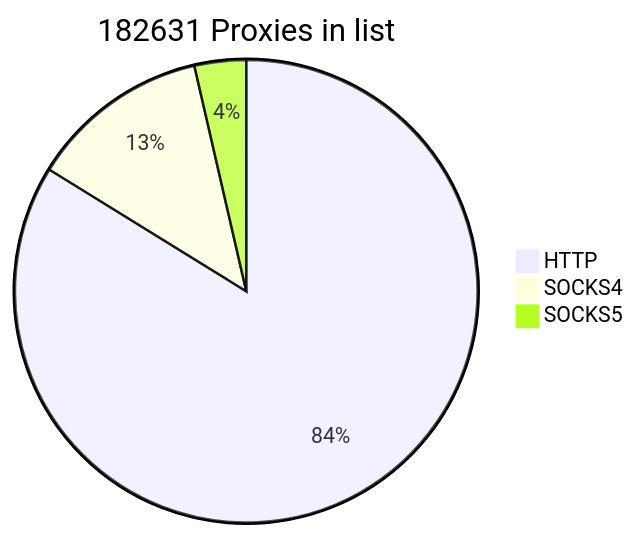
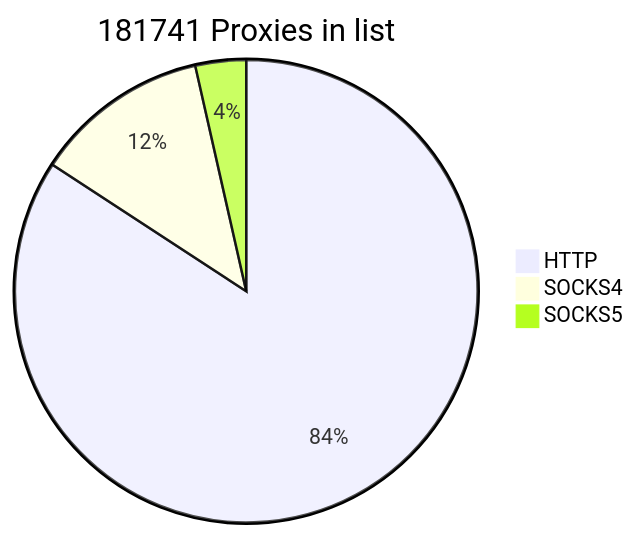
Before and after one commit to cutipu/proxylist: the first of 2 diagrams in README.md, drawn with Mermaid. The commit also changed other lines of this file, not shown here.

````diff
--- a/README.md
+++ b/README.md
@@ -2,7 +2,7 @@
 ```mermaid
-pie title 182631 Proxies in list
-    "HTTP" : 153060
-    "SOCKS4" : 22993
-    "SOCKS5" : 6578
+pie title 181741 Proxies in list
+    "HTTP" : 153037
+    "SOCKS4" : 22269
+    "SOCKS5" : 6435
             
 ```
````
